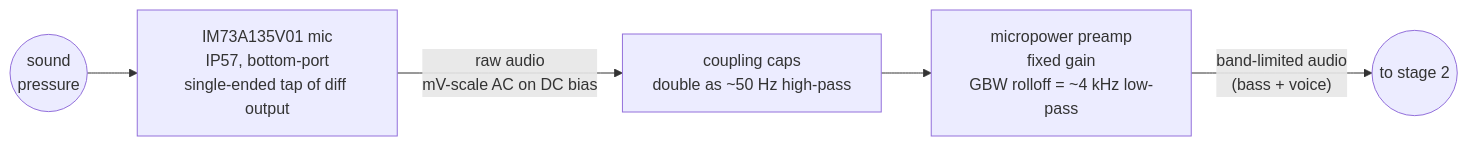
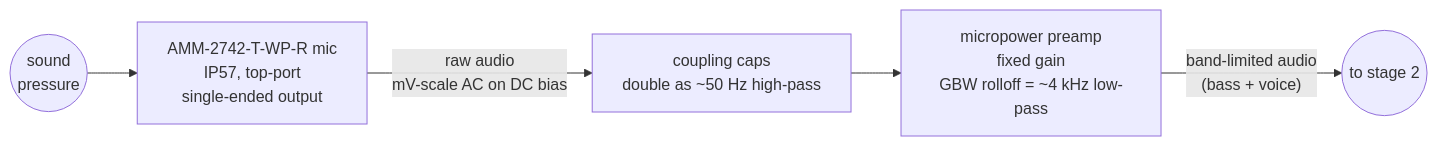
Before and after one commit to zackees/soundwake: the third of 6 diagrams in README.md, drawn with Mermaid. The commit also changed other lines of this file and 1 other file, not shown here.

First line of the commit message:
docs: redesign spec for PUI mic + host dual-level 2.5/3.3 V rail (#15) (#16)

````diff
--- a/README.md
+++ b/README.md
@@ -121,7 +122,7 @@
 ```mermaid
 flowchart LR
-    SPL(("sound<br/>pressure")) --> MIC["IM73A135V01 mic<br/>IP57, bottom-port<br/>single-ended tap of diff output"]
+    SPL(("sound<br/>pressure")) --> MIC["AMM-2742-T-WP-R mic<br/>IP57, top-port<br/>single-ended output"]
     MIC -->|"raw audio<br/>mV-scale AC on DC bias"| ACC["coupling caps<br/>double as ~50 Hz high-pass"]
     ACC --> PRE["micropower preamp<br/>fixed gain<br/>GBW rolloff = ~4 kHz low-pass"]
     PRE -->|"band-limited audio<br/>(bass + voice)"| S1OUT(("to stage 2"))
 ```
````
